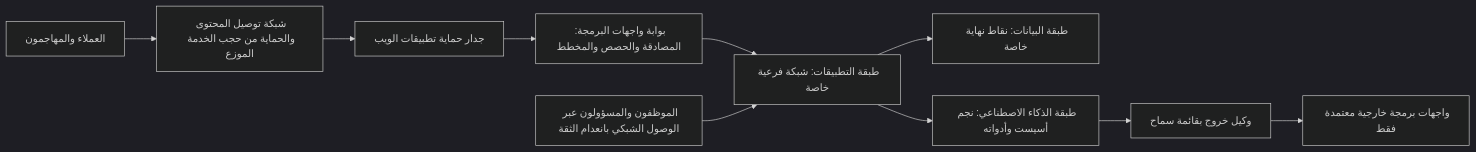
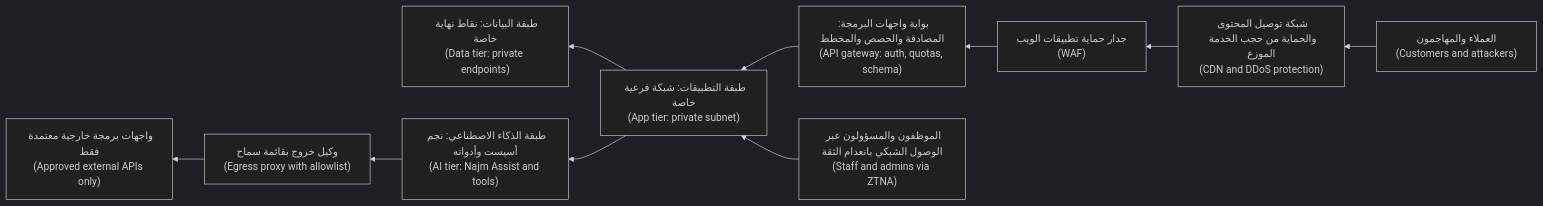
One commit to Tamoura/system-design-for-vibe-coders changed the third of 3 diagrams in secai/modules/07-cloud.ar.md. Above: the diagram before and after it, drawn with Mermaid (dark theme). The commit also changed other lines of this file and 11 other files, not shown here.

First line of the commit message:
Security course: Arabic modules 10–11 reviewed; RTL diagrams with English labels for modules 0–11

````diff
--- a/secai/modules/07-cloud.ar.md
+++ b/secai/modules/07-cloud.ar.md
@@ -701,12 +701,12 @@
 ```mermaid
-flowchart LR
-    U["العملاء والمهاجمون"] --> C["شبكة توصيل المحتوى والحماية من حجب الخدمة الموزع"]
-    C --> W["جدار حماية تطبيقات الويب"]
-    W --> G["بوابة واجهات البرمجة: المصادقة والحصص والمخطط"]
-    G --> A["طبقة التطبيقات: شبكة فرعية خاصة"]
-    A --> D["طبقة البيانات: نقاط نهاية خاصة"]
-    A --> AI["طبقة الذكاء الاصطناعي: نجم أسيست وأدواته"]
-    AI --> E["وكيل خروج بقائمة سماح"]
-    E --> X["واجهات برمجة خارجية معتمدة فقط"]
-    M["الموظفون والمسؤولون عبر الوصول الشبكي بانعدام الثقة"] --> A
+flowchart RL
+    U["العملاء والمهاجمون<br/>(Customers and attackers)"] --> C["شبكة توصيل المحتوى والحماية من حجب الخدمة الموزع<br/>(CDN and DDoS protection)"]
+    C --> W["جدار حماية تطبيقات الويب<br/>(WAF)"]
+    W --> G["بوابة واجهات البرمجة: المصادقة والحصص والمخطط<br/>(API gateway: auth, quotas, schema)"]
+    G --> A["طبقة التطبيقات: شبكة فرعية خاصة<br/>(App tier: private subnet)"]
+    A --> D["طبقة البيانات: نقاط نهاية خاصة<br/>(Data tier: private endpoints)"]
+    A --> AI["طبقة الذكاء الاصطناعي: نجم أسيست وأدواته<br/>(AI tier: Najm Assist and tools)"]
+    AI --> E["وكيل خروج بقائمة سماح<br/>(Egress proxy with allowlist)"]
+    E --> X["واجهات برمجة خارجية معتمدة فقط<br/>(Approved external APIs only)"]
+    M["الموظفون والمسؤولون عبر الوصول الشبكي بانعدام الثقة<br/>(Staff and admins via ZTNA)"] --> A
 ```
````
